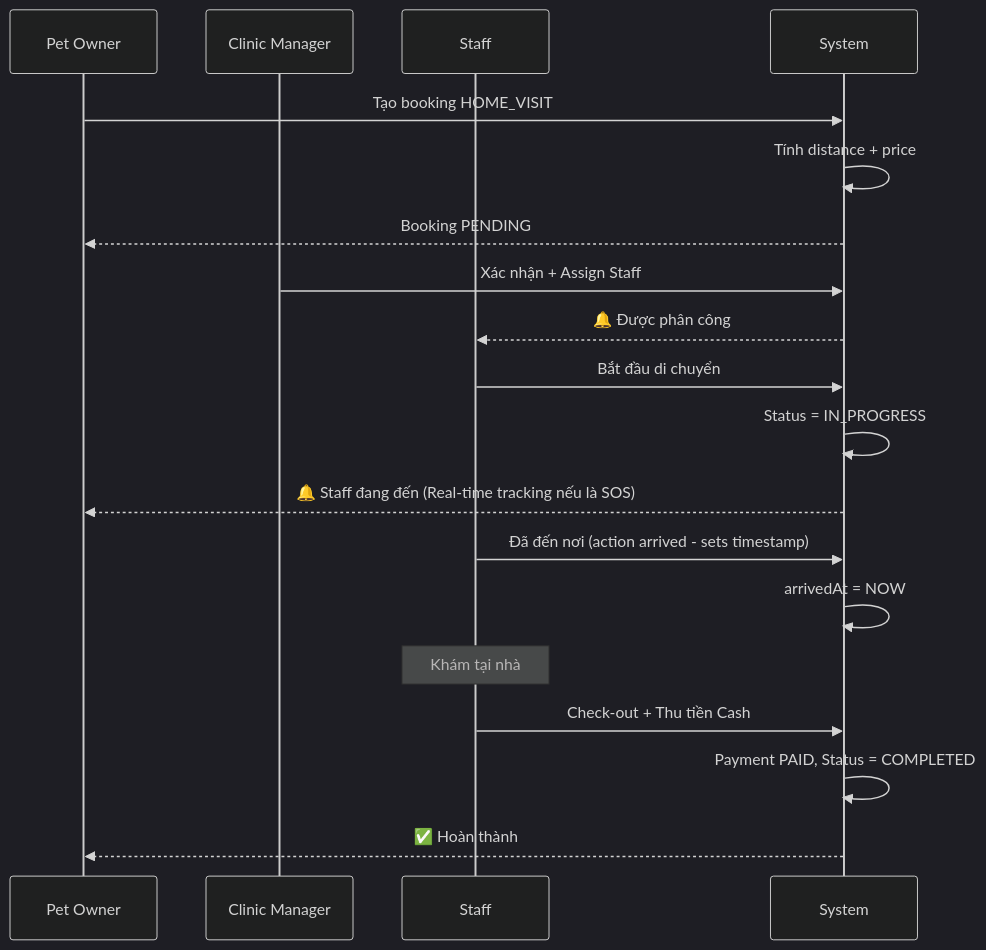
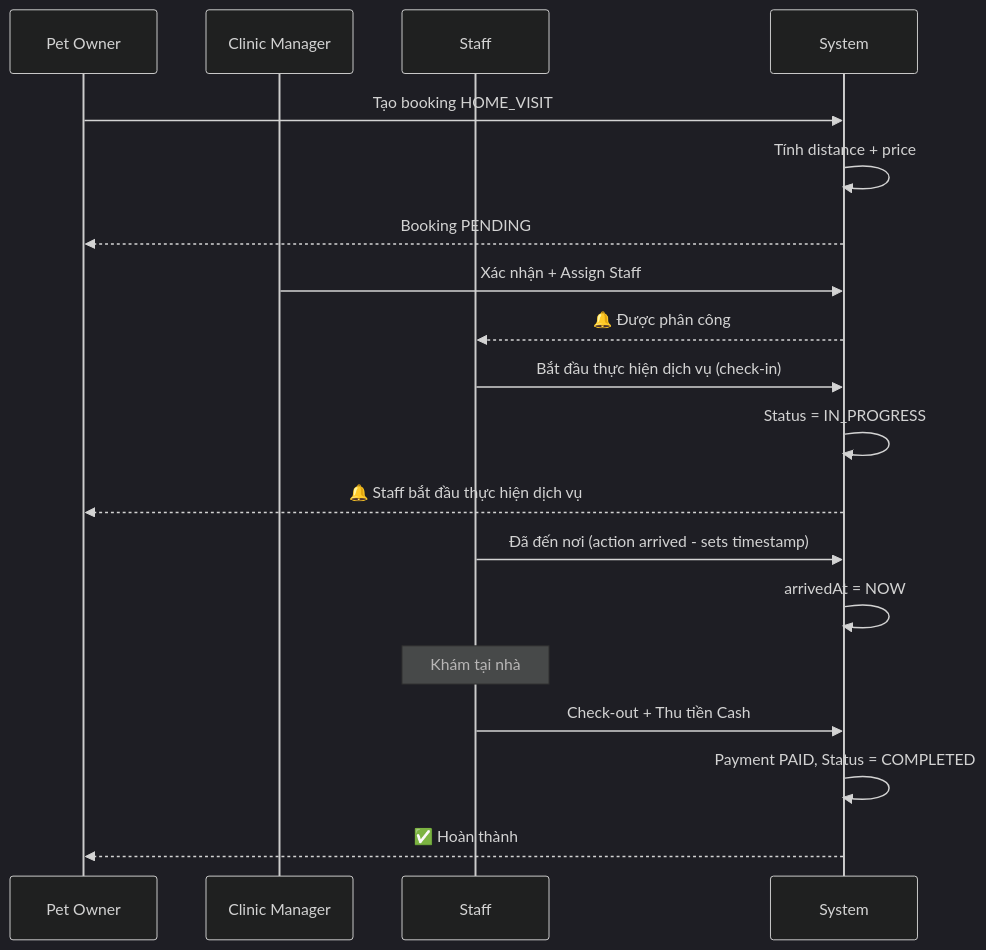
The third of 5 diagrams in docs-references/documentation/BOOKING_WORKFLOW.md (espresso23/Petties-Veterinary-Appointment-Booking-Platform), drawn with Mermaid (dark theme) before and after one commit. The commit also changed other lines of this file and 21 other files, not shown here.

````diff
--- a/docs-references/documentation/BOOKING_WORKFLOW.md
+++ b/docs-references/documentation/BOOKING_WORKFLOW.md
@@ -119,27 +117,27 @@
 ```mermaid
 sequenceDiagram
     participant PO as Pet Owner
     participant CM as Clinic Manager
     participant V as Staff
     participant S as System
 
     PO->>S: Tạo booking HOME_VISIT
     S->>S: Tính distance + price
     S-->>PO: Booking PENDING
 
     CM->>S: Xác nhận + Assign Staff
     S-->>V: 🔔 Được phân công
 
-    V->>S: Bắt đầu di chuyển
+    V->>S: Bắt đầu thực hiện dịch vụ (check-in)
     S->>S: Status = IN_PROGRESS
-    S-->>PO: 🔔 Staff đang đến (Real-time tracking nếu là SOS)
+    S-->>PO: 🔔 Staff bắt đầu thực hiện dịch vụ
 
     V->>S: Đã đến nơi (action arrived - sets timestamp)
     S->>S: arrivedAt = NOW
 
     Note over V: Khám tại nhà
 
     V->>S: Check-out + Thu tiền Cash
     S->>S: Payment PAID, Status = COMPLETED
     S-->>PO: ✅ Hoàn thành
 ```
````
